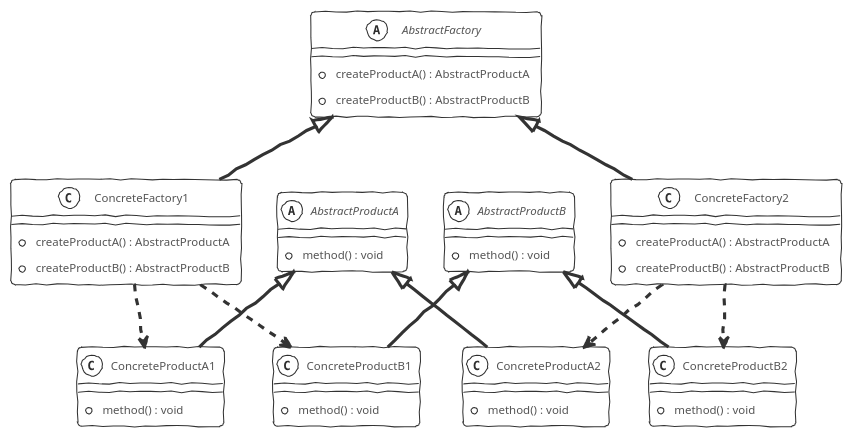
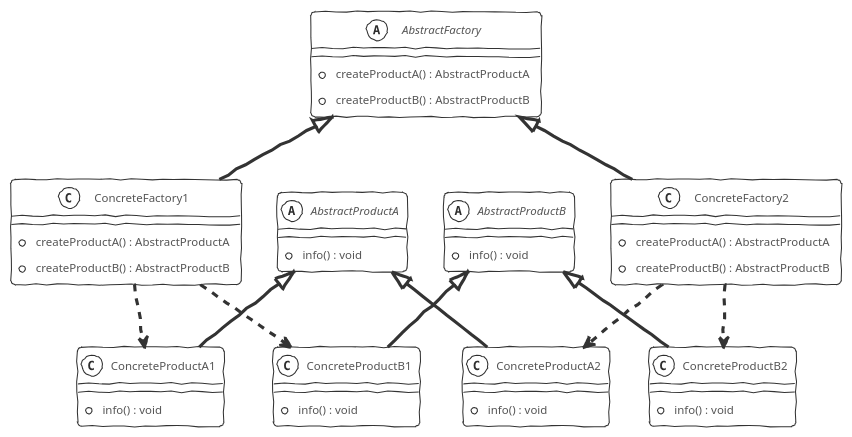
One commit to xiahubs/xiahubs.github.io changed the diagram in source/_posts/DesignPatterns/abstractfactory.md. Above: the diagram before and after it, drawn with PlantUML. The commit also changed 18 other files, not shown here.

```diff
--- a/source/_posts/DesignPatterns/abstractfactory.md
+++ b/source/_posts/DesignPatterns/abstractfactory.md
@@ -8,62 +8,63 @@
 {% plantuml %}
 !theme sketchy-outline
  
 abstract class AbstractProductA
 {
-  + method() : void
+  + info() : void
 }
 
 abstract class AbstractProductB
 {
-  + method() : void
+  + info() : void
 }
 
 class ConcreteProductA1
 {
-   + method() : void
+  + info() : void
 }
 
 class ConcreteProductA2
 {
-  + method() : void
+  + info() : void
 }
 
 class ConcreteProductB1
 {
-  + method() : void
+  + info() : void
 }
 
 class ConcreteProductB2
 {
-  + method() : void
+  + info() : void
 }
 
 abstract class AbstractFactory
 {
   + createProductA() : AbstractProductA
   + createProductB() : AbstractProductB
 }
 
 class ConcreteFactory1
 {
   + createProductA() : AbstractProductA
   + createProductB() : AbstractProductB
 }
 
 class ConcreteFactory2
 {
   + createProductA() : AbstractProductA
   + createProductB() : AbstractProductB
 }
 
 AbstractProductA <|-- ConcreteProductA1
 AbstractProductA <|-- ConcreteProductA2
 AbstractProductB <|-- ConcreteProductB1
 AbstractProductB <|-- ConcreteProductB2
 AbstractFactory <|-- ConcreteFactory1
 AbstractFactory <|-- ConcreteFactory2
 ConcreteFactory1 ..> ConcreteProductA1
 ConcreteFactory1 ..> ConcreteProductB1
 ConcreteFactory2 ..> ConcreteProductA2
 ConcreteFactory2 ..> ConcreteProductB2
+
 {% endplantuml %}
```
